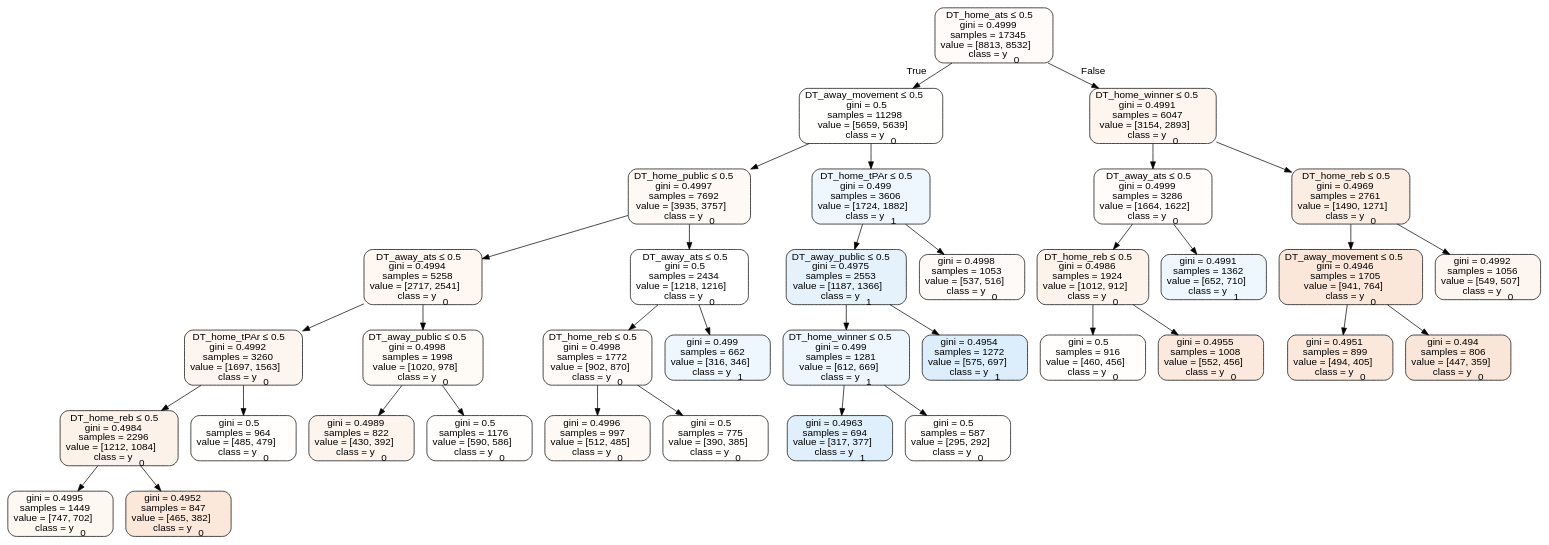
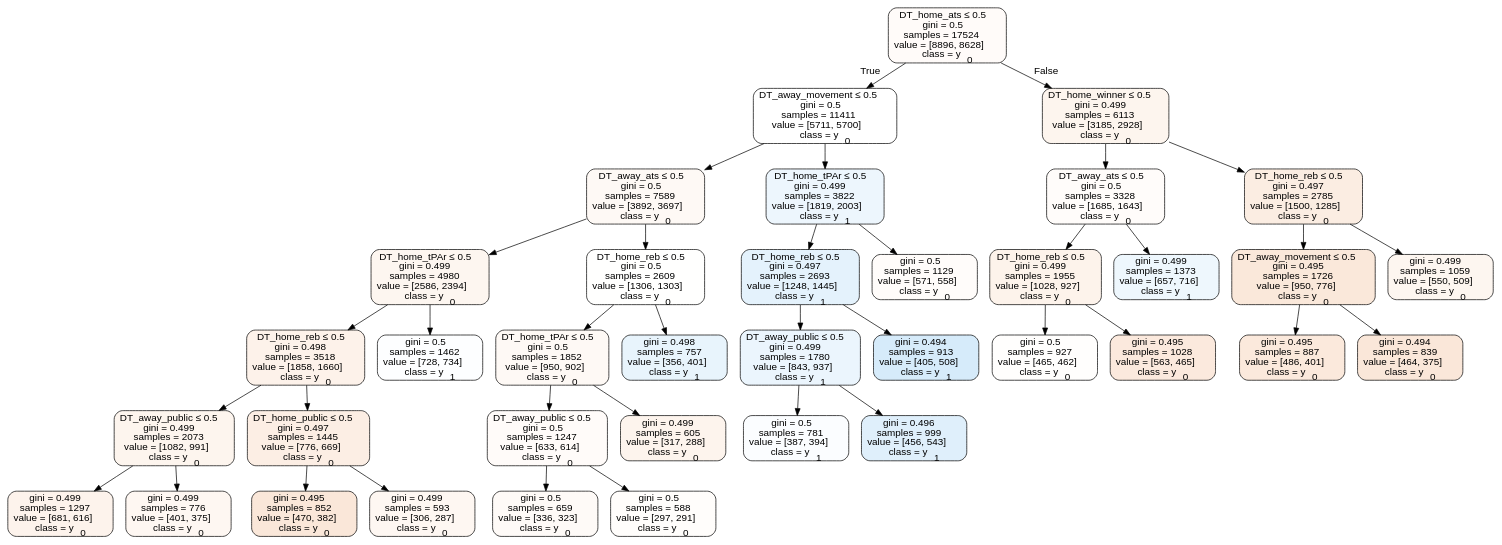
Before and after one commit to usbogie/ncaa-bets: the diagram in Basketball/data/trees/tree2011home.dot, drawn with Graphviz. The commit also changed 26 other files, not shown here.

```diff
--- a/Basketball/data/trees/tree2011home.dot
+++ b/Basketball/data/trees/tree2011home.dot
@@ -1,73 +1,77 @@
 digraph Tree {
 node [shape=box, style="filled, rounded", color="black", fontname=helvetica] ;
 edge [fontname=helvetica] ;
-0 [label=<DT_home_ats &le; 0.5<br/>gini = 0.4999<br/>samples = 17345<br/>value = [8813, 8532]<br/>class = y<SUB>0</SUB>>, fillcolor="#e5813908"] ;
-1 [label=<DT_away_movement &le; 0.5<br/>gini = 0.5<br/>samples = 11298<br/>value = [5659, 5639]<br/>class = y<SUB>0</SUB>>, fillcolor="#e5813901"] ;
+0 [label=<DT_home_ats &le; 0.5<br/>gini = 0.5<br/>samples = 17524<br/>value = [8896, 8628]<br/>class = y<SUB>0</SUB>>, fillcolor="#e5813908"] ;
+1 [label=<DT_away_movement &le; 0.5<br/>gini = 0.5<br/>samples = 11411<br/>value = [5711, 5700]<br/>class = y<SUB>0</SUB>>, fillcolor="#e5813900"] ;
 0 -> 1 [labeldistance=2.5, labelangle=45, headlabel="True"] ;
-2 [label=<DT_home_public &le; 0.5<br/>gini = 0.4997<br/>samples = 7692<br/>value = [3935, 3757]<br/>class = y<SUB>0</SUB>>, fillcolor="#e581390c"] ;
+2 [label=<DT_away_ats &le; 0.5<br/>gini = 0.5<br/>samples = 7589<br/>value = [3892, 3697]<br/>class = y<SUB>0</SUB>>, fillcolor="#e581390d"] ;
 1 -> 2 ;
-3 [label=<DT_away_ats &le; 0.5<br/>gini = 0.4994<br/>samples = 5258<br/>value = [2717, 2541]<br/>class = y<SUB>0</SUB>>, fillcolor="#e5813911"] ;
+3 [label=<DT_home_tPAr &le; 0.5<br/>gini = 0.499<br/>samples = 4980<br/>value = [2586, 2394]<br/>class = y<SUB>0</SUB>>, fillcolor="#e5813913"] ;
 2 -> 3 ;
-4 [label=<DT_home_tPAr &le; 0.5<br/>gini = 0.4992<br/>samples = 3260<br/>value = [1697, 1563]<br/>class = y<SUB>0</SUB>>, fillcolor="#e5813914"] ;
+4 [label=<DT_home_reb &le; 0.5<br/>gini = 0.498<br/>samples = 3518<br/>value = [1858, 1660]<br/>class = y<SUB>0</SUB>>, fillcolor="#e581391b"] ;
 3 -> 4 ;
-5 [label=<DT_home_reb &le; 0.5<br/>gini = 0.4984<br/>samples = 2296<br/>value = [1212, 1084]<br/>class = y<SUB>0</SUB>>, fillcolor="#e581391b"] ;
+5 [label=<DT_away_public &le; 0.5<br/>gini = 0.499<br/>samples = 2073<br/>value = [1082, 991]<br/>class = y<SUB>0</SUB>>, fillcolor="#e5813915"] ;
 4 -> 5 ;
-6 [label=<gini = 0.4995<br/>samples = 1449<br/>value = [747, 702]<br/>class = y<SUB>0</SUB>>, fillcolor="#e581390f"] ;
+6 [label=<gini = 0.499<br/>samples = 1297<br/>value = [681, 616]<br/>class = y<SUB>0</SUB>>, fillcolor="#e5813918"] ;
 5 -> 6 ;
-7 [label=<gini = 0.4952<br/>samples = 847<br/>value = [465, 382]<br/>class = y<SUB>0</SUB>>, fillcolor="#e581392e"] ;
+7 [label=<gini = 0.499<br/>samples = 776<br/>value = [401, 375]<br/>class = y<SUB>0</SUB>>, fillcolor="#e5813911"] ;
 5 -> 7 ;
-8 [label=<gini = 0.5<br/>samples = 964<br/>value = [485, 479]<br/>class = y<SUB>0</SUB>>, fillcolor="#e5813903"] ;
+8 [label=<DT_home_public &le; 0.5<br/>gini = 0.497<br/>samples = 1445<br/>value = [776, 669]<br/>class = y<SUB>0</SUB>>, fillcolor="#e5813923"] ;
 4 -> 8 ;
-9 [label=<DT_away_public &le; 0.5<br/>gini = 0.4998<br/>samples = 1998<br/>value = [1020, 978]<br/>class = y<SUB>0</SUB>>, fillcolor="#e581390b"] ;
-3 -> 9 ;
-10 [label=<gini = 0.4989<br/>samples = 822<br/>value = [430, 392]<br/>class = y<SUB>0</SUB>>, fillcolor="#e5813917"] ;
-9 -> 10 ;
-11 [label=<gini = 0.5<br/>samples = 1176<br/>value = [590, 586]<br/>class = y<SUB>0</SUB>>, fillcolor="#e5813902"] ;
-9 -> 11 ;
-12 [label=<DT_away_ats &le; 0.5<br/>gini = 0.5<br/>samples = 2434<br/>value = [1218, 1216]<br/>class = y<SUB>0</SUB>>, fillcolor="#e5813900"] ;
+9 [label=<gini = 0.495<br/>samples = 852<br/>value = [470, 382]<br/>class = y<SUB>0</SUB>>, fillcolor="#e5813930"] ;
+8 -> 9 ;
+10 [label=<gini = 0.499<br/>samples = 593<br/>value = [306, 287]<br/>class = y<SUB>0</SUB>>, fillcolor="#e5813910"] ;
+8 -> 10 ;
+11 [label=<gini = 0.5<br/>samples = 1462<br/>value = [728, 734]<br/>class = y<SUB>1</SUB>>, fillcolor="#399de502"] ;
+3 -> 11 ;
+12 [label=<DT_home_reb &le; 0.5<br/>gini = 0.5<br/>samples = 2609<br/>value = [1306, 1303]<br/>class = y<SUB>0</SUB>>, fillcolor="#e5813901"] ;
 2 -> 12 ;
-13 [label=<DT_home_reb &le; 0.5<br/>gini = 0.4998<br/>samples = 1772<br/>value = [902, 870]<br/>class = y<SUB>0</SUB>>, fillcolor="#e5813909"] ;
+13 [label=<DT_home_tPAr &le; 0.5<br/>gini = 0.5<br/>samples = 1852<br/>value = [950, 902]<br/>class = y<SUB>0</SUB>>, fillcolor="#e581390d"] ;
 12 -> 13 ;
-14 [label=<gini = 0.4996<br/>samples = 997<br/>value = [512, 485]<br/>class = y<SUB>0</SUB>>, fillcolor="#e581390d"] ;
+14 [label=<DT_away_public &le; 0.5<br/>gini = 0.5<br/>samples = 1247<br/>value = [633, 614]<br/>class = y<SUB>0</SUB>>, fillcolor="#e5813908"] ;
 13 -> 14 ;
-15 [label=<gini = 0.5<br/>samples = 775<br/>value = [390, 385]<br/>class = y<SUB>0</SUB>>, fillcolor="#e5813903"] ;
-13 -> 15 ;
-16 [label=<gini = 0.499<br/>samples = 662<br/>value = [316, 346]<br/>class = y<SUB>1</SUB>>, fillcolor="#399de516"] ;
-12 -> 16 ;
-17 [label=<DT_home_tPAr &le; 0.5<br/>gini = 0.499<br/>samples = 3606<br/>value = [1724, 1882]<br/>class = y<SUB>1</SUB>>, fillcolor="#399de515"] ;
-1 -> 17 ;
-18 [label=<DT_away_public &le; 0.5<br/>gini = 0.4975<br/>samples = 2553<br/>value = [1187, 1366]<br/>class = y<SUB>1</SUB>>, fillcolor="#399de521"] ;
-17 -> 18 ;
-19 [label=<DT_home_winner &le; 0.5<br/>gini = 0.499<br/>samples = 1281<br/>value = [612, 669]<br/>class = y<SUB>1</SUB>>, fillcolor="#399de516"] ;
-18 -> 19 ;
-20 [label=<gini = 0.4963<br/>samples = 694<br/>value = [317, 377]<br/>class = y<SUB>1</SUB>>, fillcolor="#399de529"] ;
+15 [label=<gini = 0.5<br/>samples = 659<br/>value = [336, 323]<br/>class = y<SUB>0</SUB>>, fillcolor="#e581390a"] ;
+14 -> 15 ;
+16 [label=<gini = 0.5<br/>samples = 588<br/>value = [297, 291]<br/>class = y<SUB>0</SUB>>, fillcolor="#e5813905"] ;
+14 -> 16 ;
+17 [label=<gini = 0.499<br/>samples = 605<br/>value = [317, 288]<br/>class = y<SUB>0</SUB>>, fillcolor="#e5813917"] ;
+13 -> 17 ;
+18 [label=<gini = 0.498<br/>samples = 757<br/>value = [356, 401]<br/>class = y<SUB>1</SUB>>, fillcolor="#399de51d"] ;
+12 -> 18 ;
+19 [label=<DT_home_tPAr &le; 0.5<br/>gini = 0.499<br/>samples = 3822<br/>value = [1819, 2003]<br/>class = y<SUB>1</SUB>>, fillcolor="#399de517"] ;
+1 -> 19 ;
+20 [label=<DT_home_reb &le; 0.5<br/>gini = 0.497<br/>samples = 2693<br/>value = [1248, 1445]<br/>class = y<SUB>1</SUB>>, fillcolor="#399de523"] ;
 19 -> 20 ;
-21 [label=<gini = 0.5<br/>samples = 587<br/>value = [295, 292]<br/>class = y<SUB>0</SUB>>, fillcolor="#e5813903"] ;
-19 -> 21 ;
-22 [label=<gini = 0.4954<br/>samples = 1272<br/>value = [575, 697]<br/>class = y<SUB>1</SUB>>, fillcolor="#399de52d"] ;
-18 -> 22 ;
-23 [label=<gini = 0.4998<br/>samples = 1053<br/>value = [537, 516]<br/>class = y<SUB>0</SUB>>, fillcolor="#e581390a"] ;
-17 -> 23 ;
-24 [label=<DT_home_winner &le; 0.5<br/>gini = 0.4991<br/>samples = 6047<br/>value = [3154, 2893]<br/>class = y<SUB>0</SUB>>, fillcolor="#e5813915"] ;
-0 -> 24 [labeldistance=2.5, labelangle=-45, headlabel="False"] ;
-25 [label=<DT_away_ats &le; 0.5<br/>gini = 0.4999<br/>samples = 3286<br/>value = [1664, 1622]<br/>class = y<SUB>0</SUB>>, fillcolor="#e5813906"] ;
-24 -> 25 ;
-26 [label=<DT_home_reb &le; 0.5<br/>gini = 0.4986<br/>samples = 1924<br/>value = [1012, 912]<br/>class = y<SUB>0</SUB>>, fillcolor="#e5813919"] ;
-25 -> 26 ;
-27 [label=<gini = 0.5<br/>samples = 916<br/>value = [460, 456]<br/>class = y<SUB>0</SUB>>, fillcolor="#e5813902"] ;
+21 [label=<DT_away_public &le; 0.5<br/>gini = 0.499<br/>samples = 1780<br/>value = [843, 937]<br/>class = y<SUB>1</SUB>>, fillcolor="#399de51a"] ;
+20 -> 21 ;
+22 [label=<gini = 0.5<br/>samples = 781<br/>value = [387, 394]<br/>class = y<SUB>1</SUB>>, fillcolor="#399de505"] ;
+21 -> 22 ;
+23 [label=<gini = 0.496<br/>samples = 999<br/>value = [456, 543]<br/>class = y<SUB>1</SUB>>, fillcolor="#399de529"] ;
+21 -> 23 ;
+24 [label=<gini = 0.494<br/>samples = 913<br/>value = [405, 508]<br/>class = y<SUB>1</SUB>>, fillcolor="#399de534"] ;
+20 -> 24 ;
+25 [label=<gini = 0.5<br/>samples = 1129<br/>value = [571, 558]<br/>class = y<SUB>0</SUB>>, fillcolor="#e5813906"] ;
+19 -> 25 ;
+26 [label=<DT_home_winner &le; 0.5<br/>gini = 0.499<br/>samples = 6113<br/>value = [3185, 2928]<br/>class = y<SUB>0</SUB>>, fillcolor="#e5813915"] ;
+0 -> 26 [labeldistance=2.5, labelangle=-45, headlabel="False"] ;
+27 [label=<DT_away_ats &le; 0.5<br/>gini = 0.5<br/>samples = 3328<br/>value = [1685, 1643]<br/>class = y<SUB>0</SUB>>, fillcolor="#e5813906"] ;
 26 -> 27 ;
-28 [label=<gini = 0.4955<br/>samples = 1008<br/>value = [552, 456]<br/>class = y<SUB>0</SUB>>, fillcolor="#e581392c"] ;
-26 -> 28 ;
-29 [label=<gini = 0.4991<br/>samples = 1362<br/>value = [652, 710]<br/>class = y<SUB>1</SUB>>, fillcolor="#399de515"] ;
-25 -> 29 ;
-30 [label=<DT_home_reb &le; 0.5<br/>gini = 0.4969<br/>samples = 2761<br/>value = [1490, 1271]<br/>class = y<SUB>0</SUB>>, fillcolor="#e5813925"] ;
-24 -> 30 ;
-31 [label=<DT_away_movement &le; 0.5<br/>gini = 0.4946<br/>samples = 1705<br/>value = [941, 764]<br/>class = y<SUB>0</SUB>>, fillcolor="#e5813930"] ;
-30 -> 31 ;
-32 [label=<gini = 0.4951<br/>samples = 899<br/>value = [494, 405]<br/>class = y<SUB>0</SUB>>, fillcolor="#e581392e"] ;
-31 -> 32 ;
-33 [label=<gini = 0.494<br/>samples = 806<br/>value = [447, 359]<br/>class = y<SUB>0</SUB>>, fillcolor="#e5813932"] ;
-31 -> 33 ;
-34 [label=<gini = 0.4992<br/>samples = 1056<br/>value = [549, 507]<br/>class = y<SUB>0</SUB>>, fillcolor="#e5813914"] ;
-30 -> 34 ;
+28 [label=<DT_home_reb &le; 0.5<br/>gini = 0.499<br/>samples = 1955<br/>value = [1028, 927]<br/>class = y<SUB>0</SUB>>, fillcolor="#e5813919"] ;
+27 -> 28 ;
+29 [label=<gini = 0.5<br/>samples = 927<br/>value = [465, 462]<br/>class = y<SUB>0</SUB>>, fillcolor="#e5813902"] ;
+28 -> 29 ;
+30 [label=<gini = 0.495<br/>samples = 1028<br/>value = [563, 465]<br/>class = y<SUB>0</SUB>>, fillcolor="#e581392c"] ;
+28 -> 30 ;
+31 [label=<gini = 0.499<br/>samples = 1373<br/>value = [657, 716]<br/>class = y<SUB>1</SUB>>, fillcolor="#399de515"] ;
+27 -> 31 ;
+32 [label=<DT_home_reb &le; 0.5<br/>gini = 0.497<br/>samples = 2785<br/>value = [1500, 1285]<br/>class = y<SUB>0</SUB>>, fillcolor="#e5813925"] ;
+26 -> 32 ;
+33 [label=<DT_away_movement &le; 0.5<br/>gini = 0.495<br/>samples = 1726<br/>value = [950, 776]<br/>class = y<SUB>0</SUB>>, fillcolor="#e581392f"] ;
+32 -> 33 ;
+34 [label=<gini = 0.495<br/>samples = 887<br/>value = [486, 401]<br/>class = y<SUB>0</SUB>>, fillcolor="#e581392d"] ;
+33 -> 34 ;
+35 [label=<gini = 0.494<br/>samples = 839<br/>value = [464, 375]<br/>class = y<SUB>0</SUB>>, fillcolor="#e5813931"] ;
+33 -> 35 ;
+36 [label=<gini = 0.499<br/>samples = 1059<br/>value = [550, 509]<br/>class = y<SUB>0</SUB>>, fillcolor="#e5813913"] ;
+32 -> 36 ;
 }
```
